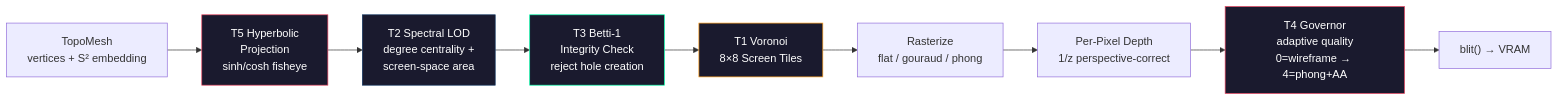
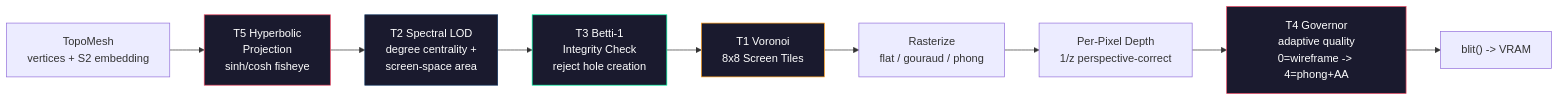
Before and after one commit to teerthsharma/Epsilon-Hollow: the seventh of 12 diagrams in README.md, drawn with Mermaid. The commit also changed other lines of this file and 55 other files, not shown here.

````diff
--- a/README.md
+++ b/README.md
@@ -1146,17 +1154,17 @@
 ```mermaid
 flowchart LR
-    Mesh["TopoMesh<br/>vertices + S² embedding"] --> T5["T5 Hyperbolic<br/>Projection<br/>sinh/cosh fisheye"]
+    Mesh["TopoMesh<br/>vertices + S2 embedding"] --> T5["T5 Hyperbolic<br/>Projection<br/>sinh/cosh fisheye"]
     T5 --> T2["T2 Spectral LOD<br/>degree centrality +<br/>screen-space area"]
     T2 --> T3["T3 Betti-1<br/>Integrity Check<br/>reject hole creation"]
-    T3 --> T1["T1 Voronoi<br/>8×8 Screen Tiles"]
+    T3 --> T1["T1 Voronoi<br/>8x8 Screen Tiles"]
     T1 --> Raster["Rasterize<br/>flat / gouraud / phong"]
     Raster --> Depth["Per-Pixel Depth<br/>1/z perspective-correct"]
-    Depth --> T4["T4 Governor<br/>adaptive quality<br/>0=wireframe → 4=phong+AA"]
-    T4 --> Blit["blit() → VRAM"]
+    Depth --> T4["T4 Governor<br/>adaptive quality<br/>0=wireframe -> 4=phong+AA"]
+    T4 --> Blit["blit() -> VRAM"]
 
     style T5 fill:#1a1a2e,stroke:#e94560,color:#fff
     style T2 fill:#1a1a2e,stroke:#0f3460,color:#fff
     style T3 fill:#1a1a2e,stroke:#00ffaa,color:#fff
     style T1 fill:#1a1a2e,stroke:#ff9f1c,color:#fff
     style T4 fill:#1a1a2e,stroke:#e94560,color:#fff
 ```
````
